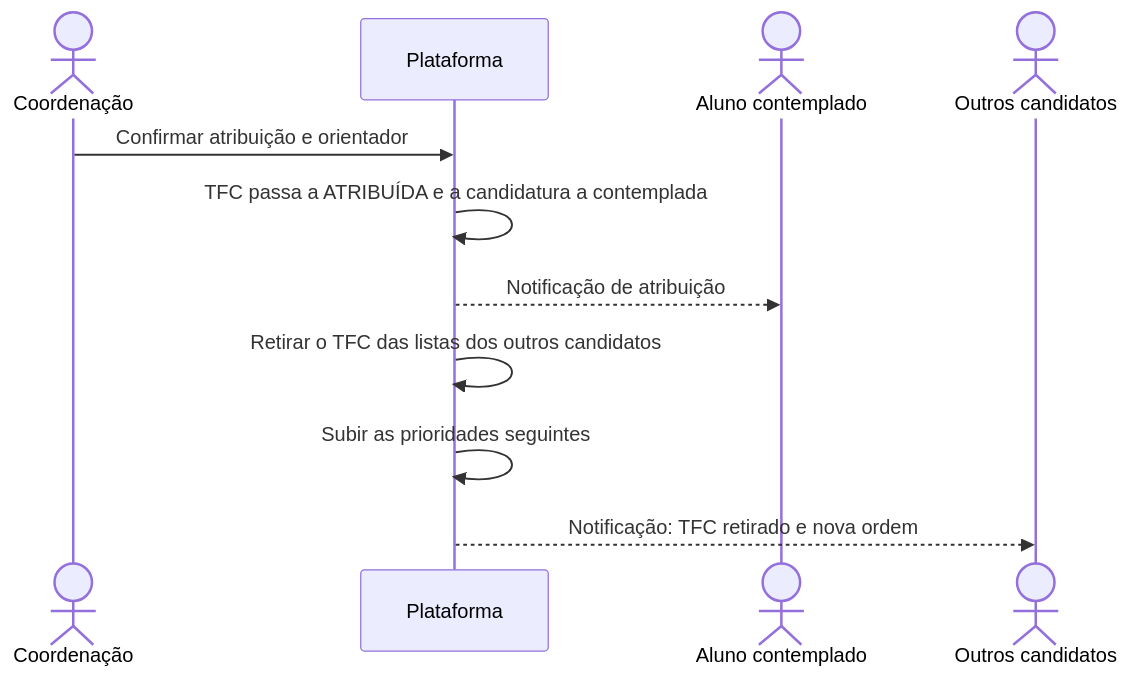
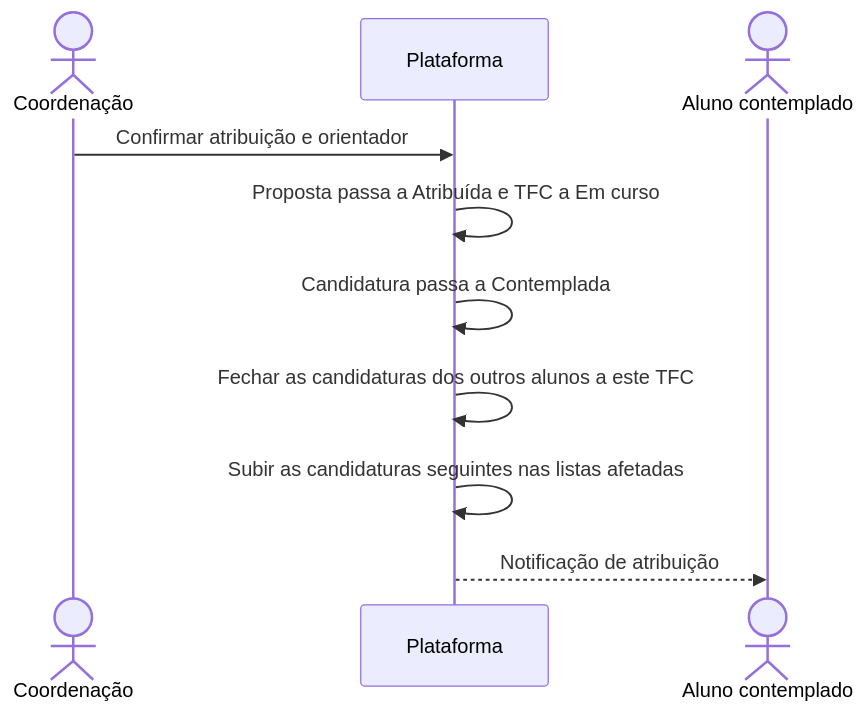
One commit to ULHT-TFC-new/tfc-avaliacao-reporting changed the fifth of 7 diagrams in Processos.md. Above: the diagram before and after it, drawn with Mermaid. The commit also changed other lines of this file, not shown here.

````diff
--- a/Processos.md
+++ b/Processos.md
@@ -420,13 +517,12 @@
 ```mermaid
 sequenceDiagram
     actor Co as Coordenação
     participant P as Plataforma
     actor A as Aluno contemplado
-    actor O as Outros candidatos
     Co->>P: Confirmar atribuição e orientador
-    P->>P: TFC passa a ATRIBUÍDA e a candidatura a contemplada
+    P->>P: Proposta passa a Atribuída e TFC a Em curso
+    P->>P: Candidatura passa a Contemplada
+    P->>P: Fechar as candidaturas dos outros alunos a este TFC
+    P->>P: Subir as candidaturas seguintes nas listas afetadas
     P-->>A: Notificação de atribuição
-    P->>P: Retirar o TFC das listas dos outros candidatos
-    P->>P: Subir as prioridades seguintes
-    P-->>O: Notificação: TFC retirado e nova ordem
 ```
````
